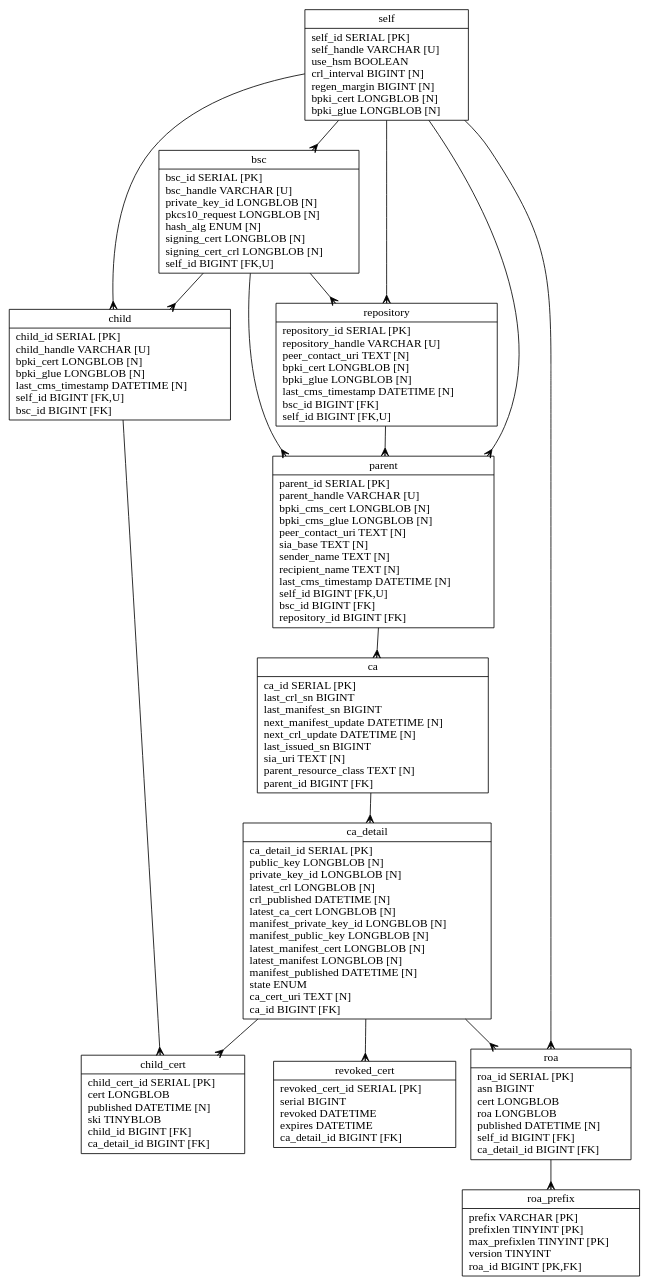
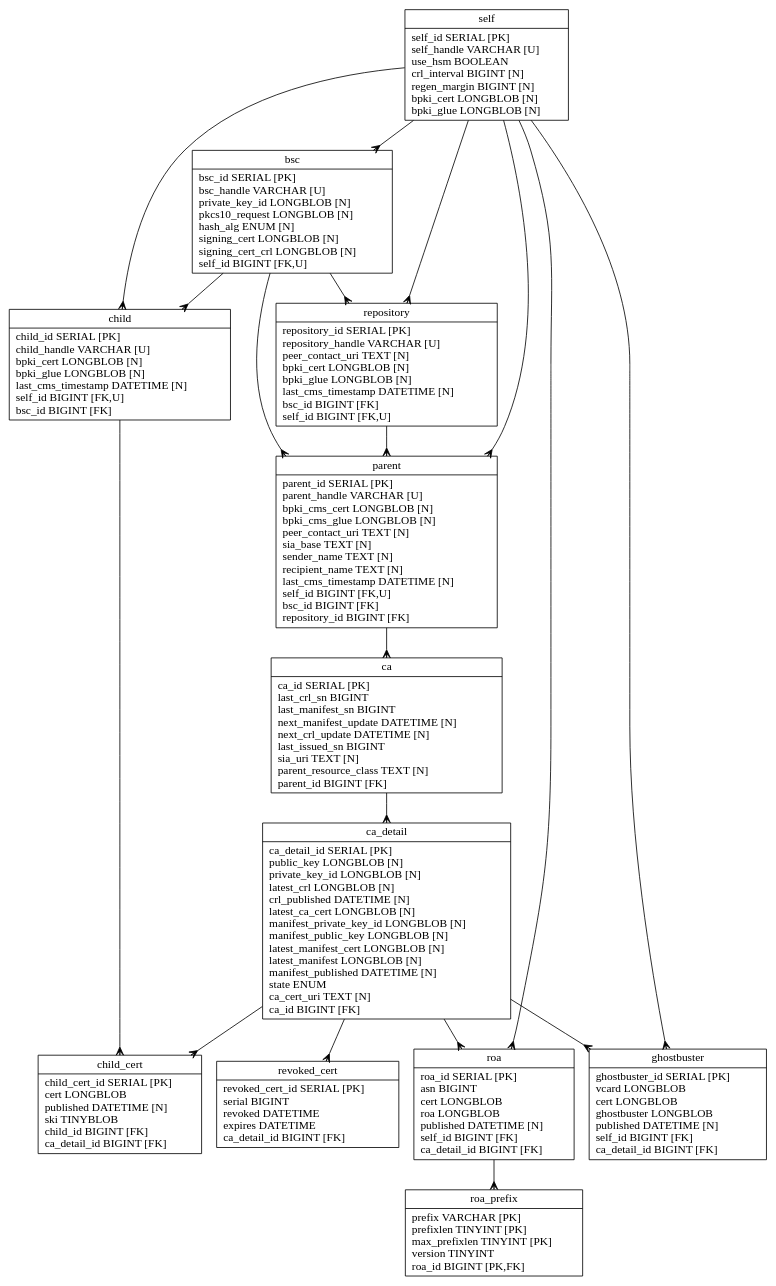
The diagram in rpkid/doc/rpkid.dot (dragonresearch/rpki.net), drawn with Graphviz before and after one commit. The commit also changed 5 other files, not shown here.

```diff
--- a/rpkid/doc/rpkid.dot
+++ b/rpkid/doc/rpkid.dot
@@ -1,34 +1,37 @@
 // Automatically generated from rpkid.sql
 
 digraph test {
 	edge [arrowtail=none, arrowhead=crow];
 	graph [ratio=fill, overlap=false];
 	node [label="\N", fillcolor=white, shape=record, style=filled];
 	node1 [label="{self\n|self_id\ SERIAL\ [PK]\lself_handle\ VARCHAR\ [U]\luse_hsm\ BOOLEAN\lcrl_interval\ BIGINT\ [N]\lregen_margin\ BIGINT\ [N]\lbpki_cert\ LONGBLOB\ [N]\lbpki_glue\ LONGBLOB\ [N]\l}"];
 	node2 [label="{bsc\n|bsc_id\ SERIAL\ [PK]\lbsc_handle\ VARCHAR\ [U]\lprivate_key_id\ LONGBLOB\ [N]\lpkcs10_request\ LONGBLOB\ [N]\lhash_alg\ ENUM\ [N]\lsigning_cert\ LONGBLOB\ [N]\lsigning_cert_crl\ LONGBLOB\ [N]\lself_id\ BIGINT\ [FK,U]\l}"];
 	node3 [label="{repository\n|repository_id\ SERIAL\ [PK]\lrepository_handle\ VARCHAR\ [U]\lpeer_contact_uri\ TEXT\ [N]\lbpki_cert\ LONGBLOB\ [N]\lbpki_glue\ LONGBLOB\ [N]\llast_cms_timestamp\ DATETIME\ [N]\lbsc_id\ BIGINT\ [FK]\lself_id\ BIGINT\ [FK,U]\l}"];
 	node4 [label="{parent\n|parent_id\ SERIAL\ [PK]\lparent_handle\ VARCHAR\ [U]\lbpki_cms_cert\ LONGBLOB\ [N]\lbpki_cms_glue\ LONGBLOB\ [N]\lpeer_contact_uri\ TEXT\ [N]\lsia_base\ TEXT\ [N]\lsender_name\ TEXT\ [N]\lrecipient_name\ TEXT\ [N]\llast_cms_timestamp\ DATETIME\ [N]\lself_id\ BIGINT\ [FK,U]\lbsc_id\ BIGINT\ [FK]\lrepository_id\ BIGINT\ [FK]\l}"];
 	node5 [label="{ca\n|ca_id\ SERIAL\ [PK]\llast_crl_sn\ BIGINT\llast_manifest_sn\ BIGINT\lnext_manifest_update\ DATETIME\ [N]\lnext_crl_update\ DATETIME\ [N]\llast_issued_sn\ BIGINT\lsia_uri\ TEXT\ [N]\lparent_resource_class\ TEXT\ [N]\lparent_id\ BIGINT\ [FK]\l}"];
 	node6 [label="{ca_detail\n|ca_detail_id\ SERIAL\ [PK]\lpublic_key\ LONGBLOB\ [N]\lprivate_key_id\ LONGBLOB\ [N]\llatest_crl\ LONGBLOB\ [N]\lcrl_published\ DATETIME\ [N]\llatest_ca_cert\ LONGBLOB\ [N]\lmanifest_private_key_id\ LONGBLOB\ [N]\lmanifest_public_key\ LONGBLOB\ [N]\llatest_manifest_cert\ LONGBLOB\ [N]\llatest_manifest\ LONGBLOB\ [N]\lmanifest_published\ DATETIME\ [N]\lstate\ ENUM\lca_cert_uri\ TEXT\ [N]\lca_id\ BIGINT\ [FK]\l}"];
 	node7 [label="{child\n|child_id\ SERIAL\ [PK]\lchild_handle\ VARCHAR\ [U]\lbpki_cert\ LONGBLOB\ [N]\lbpki_glue\ LONGBLOB\ [N]\llast_cms_timestamp\ DATETIME\ [N]\lself_id\ BIGINT\ [FK,U]\lbsc_id\ BIGINT\ [FK]\l}"];
 	node8 [label="{child_cert\n|child_cert_id\ SERIAL\ [PK]\lcert\ LONGBLOB\lpublished\ DATETIME\ [N]\lski\ TINYBLOB\lchild_id\ BIGINT\ [FK]\lca_detail_id\ BIGINT\ [FK]\l}"];
 	node9 [label="{revoked_cert\n|revoked_cert_id\ SERIAL\ [PK]\lserial\ BIGINT\lrevoked\ DATETIME\lexpires\ DATETIME\lca_detail_id\ BIGINT\ [FK]\l}"];
 	node10 [label="{roa\n|roa_id\ SERIAL\ [PK]\lasn\ BIGINT\lcert\ LONGBLOB\lroa\ LONGBLOB\lpublished\ DATETIME\ [N]\lself_id\ BIGINT\ [FK]\lca_detail_id\ BIGINT\ [FK]\l}"];
 	node11 [label="{roa_prefix\n|prefix\ VARCHAR\ [PK]\lprefixlen\ TINYINT\ [PK]\lmax_prefixlen\ TINYINT\ [PK]\lversion\ TINYINT\lroa_id\ BIGINT\ [PK,FK]\l}"];
+	node12 [label="{ghostbuster\n|ghostbuster_id\ SERIAL\ [PK]\lvcard\ LONGBLOB\lcert\ LONGBLOB\lghostbuster\ LONGBLOB\lpublished\ DATETIME\ [N]\lself_id\ BIGINT\ [FK]\lca_detail_id\ BIGINT\ [FK]\l}"];
 	node2 -> node7 [arrowtail=none, arrowhead=crow];
 	node2 -> node4 [arrowtail=none, arrowhead=crow];
 	node2 -> node3 [arrowtail=none, arrowhead=crow];
 	node5 -> node6 [arrowtail=none, arrowhead=crow];
 	node6 -> node8 [arrowtail=none, arrowhead=crow];
+	node6 -> node12 [arrowtail=none, arrowhead=crow];
 	node6 -> node9 [arrowtail=none, arrowhead=crow];
 	node6 -> node10 [arrowtail=none, arrowhead=crow];
 	node7 -> node8 [arrowtail=none, arrowhead=crow];
 	node4 -> node5 [arrowtail=none, arrowhead=crow];
 	node3 -> node4 [arrowtail=none, arrowhead=crow];
 	node10 -> node11 [arrowtail=none, arrowhead=crow];
 	node1 -> node2 [arrowtail=none, arrowhead=crow];
 	node1 -> node7 [arrowtail=none, arrowhead=crow];
+	node1 -> node12 [arrowtail=none, arrowhead=crow];
 	node1 -> node4 [arrowtail=none, arrowhead=crow];
 	node1 -> node3 [arrowtail=none, arrowhead=crow];
 	node1 -> node10 [arrowtail=none, arrowhead=crow];
 }
```
